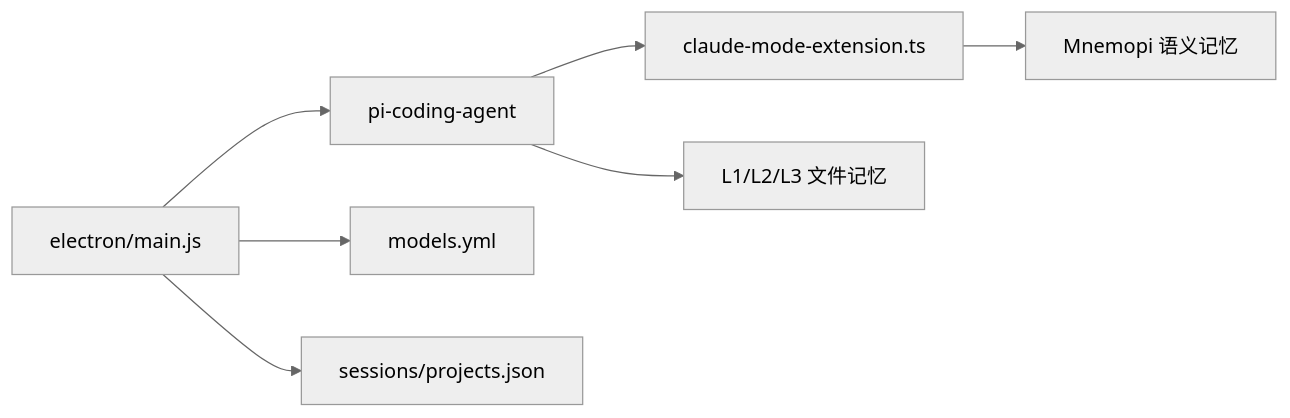
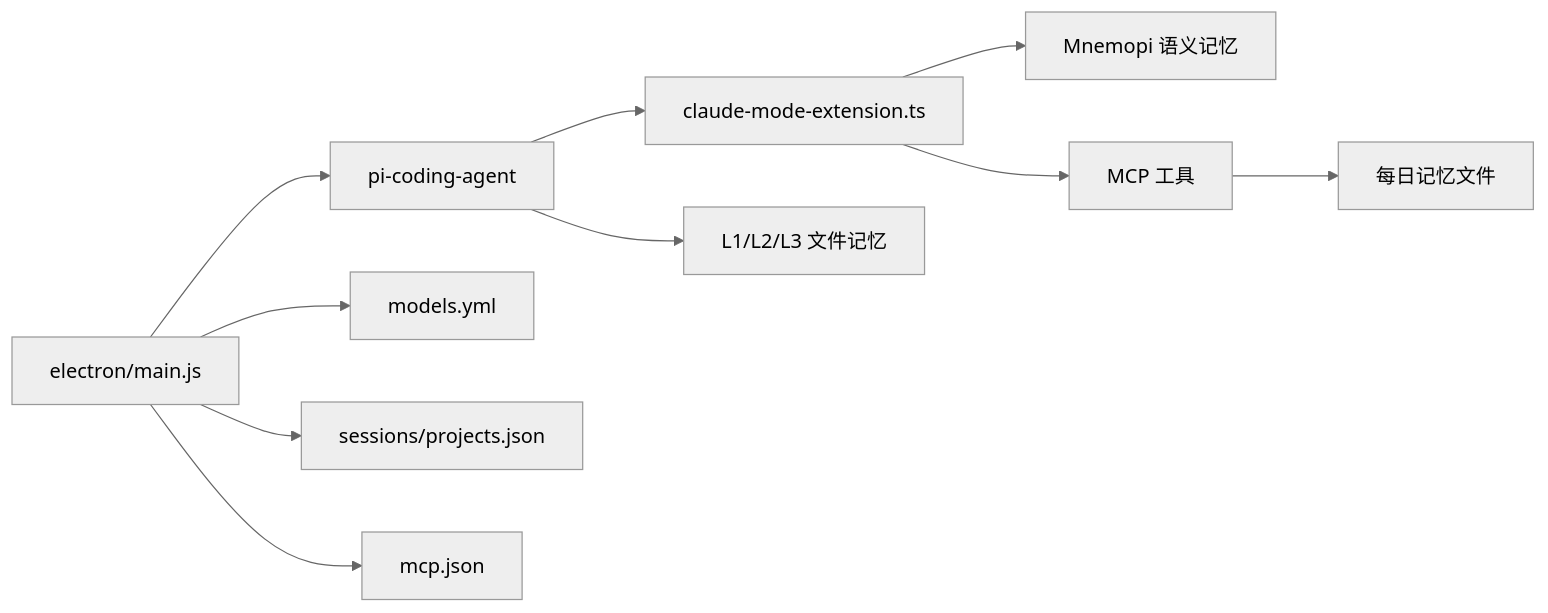
The fifth of 5 diagrams in .qoder/repowiki/zh/content/记忆系统/记忆系统.md (swond-Mao/Tiffa), drawn with Mermaid (neutral theme) before and after one commit. The commit also changed other lines of this file and 49 other files, not shown here.

````diff
--- a/.qoder/repowiki/zh/content/记忆系统/记忆系统.md
+++ b/.qoder/repowiki/zh/content/记忆系统/记忆系统.md
@@ -246,9 +328,12 @@
 ```mermaid
 graph LR
 Main["electron/main.js"] --> Kernel["pi-coding-agent"]
 Kernel --> Ext["claude-mode-extension.ts"]
 Ext --> Mem["Mnemopi 语义记忆"]
+Ext --> MCP["MCP 工具"]
+MCP --> Daily["每日记忆文件"]
 Kernel --> Files["L1/L2/L3 文件记忆"]
 Main --> Models["models.yml"]
 Main --> Sessions["sessions/projects.json"]
+Main --> MCPConfig["mcp.json"]
 ```
````
